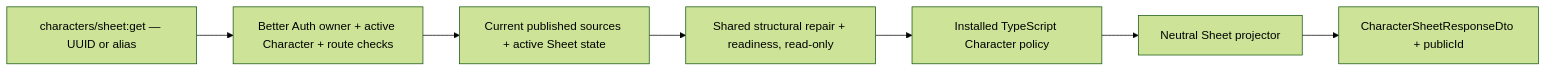
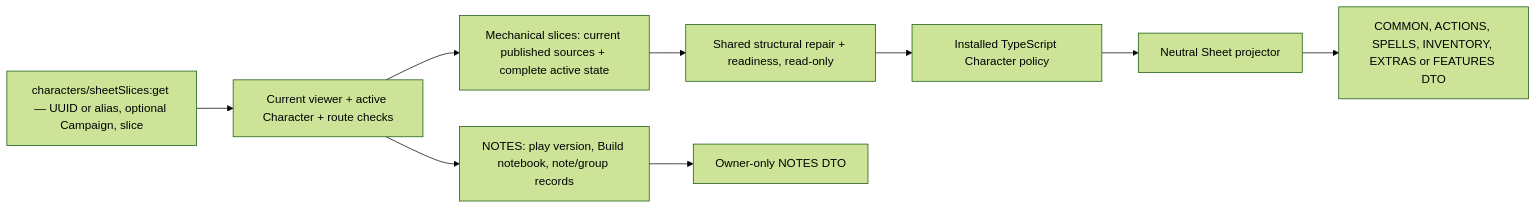
Before and after one commit to MPiland/artificer-toolkit: diagram 11 of 15 in docs/architecture/character.md, drawn with Mermaid (forest theme). The commit also changed other lines of this file and 699 other files, not shown here.

````diff
--- a/docs/architecture/character.md
+++ b/docs/architecture/character.md
@@ -752,9 +822,11 @@
 ```mermaid
 flowchart LR
-  Request["characters/sheet:get — UUID or alias"] --> Owner["Better Auth owner + active Character + route checks"]
-  Owner --> Current["Current published sources + active Sheet state"]
+  Request["characters/sheetSlices:get — UUID or alias, optional Campaign, slice"] --> Owner["Current viewer + active Character + route checks"]
+  Owner --> Notes["NOTES: play version, Build notebook, note/group records"]
+  Owner --> Current["Mechanical slices: current published sources + complete active state"]
   Current --> Prepare["Shared structural repair + readiness, read-only"]
   Prepare --> Policy["Installed TypeScript Character policy"]
   Policy --> Projection["Neutral Sheet projector"]
-  Projection --> Result["CharacterSheetResponseDto + publicId"]
+  Projection --> Result["COMMON, ACTIONS, SPELLS, INVENTORY, EXTRAS or FEATURES DTO"]
+  Notes --> Notebook["Owner-only NOTES DTO"]
 ```
````
